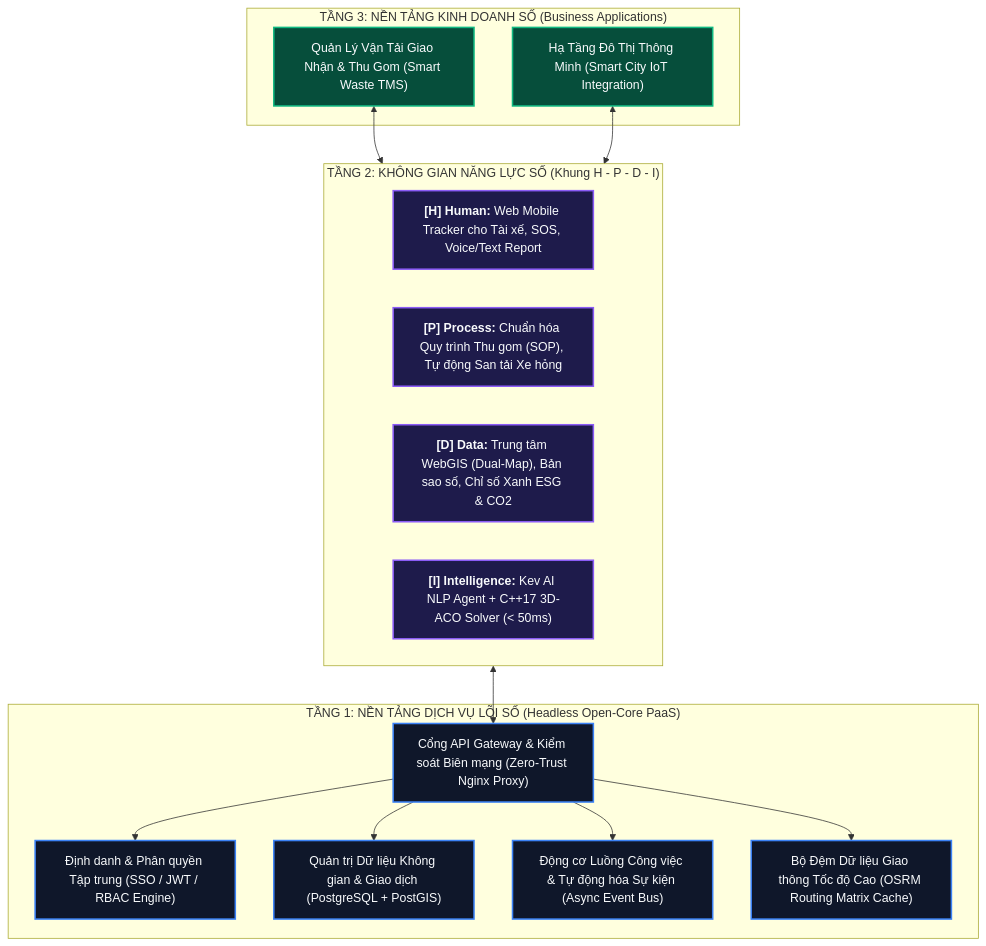
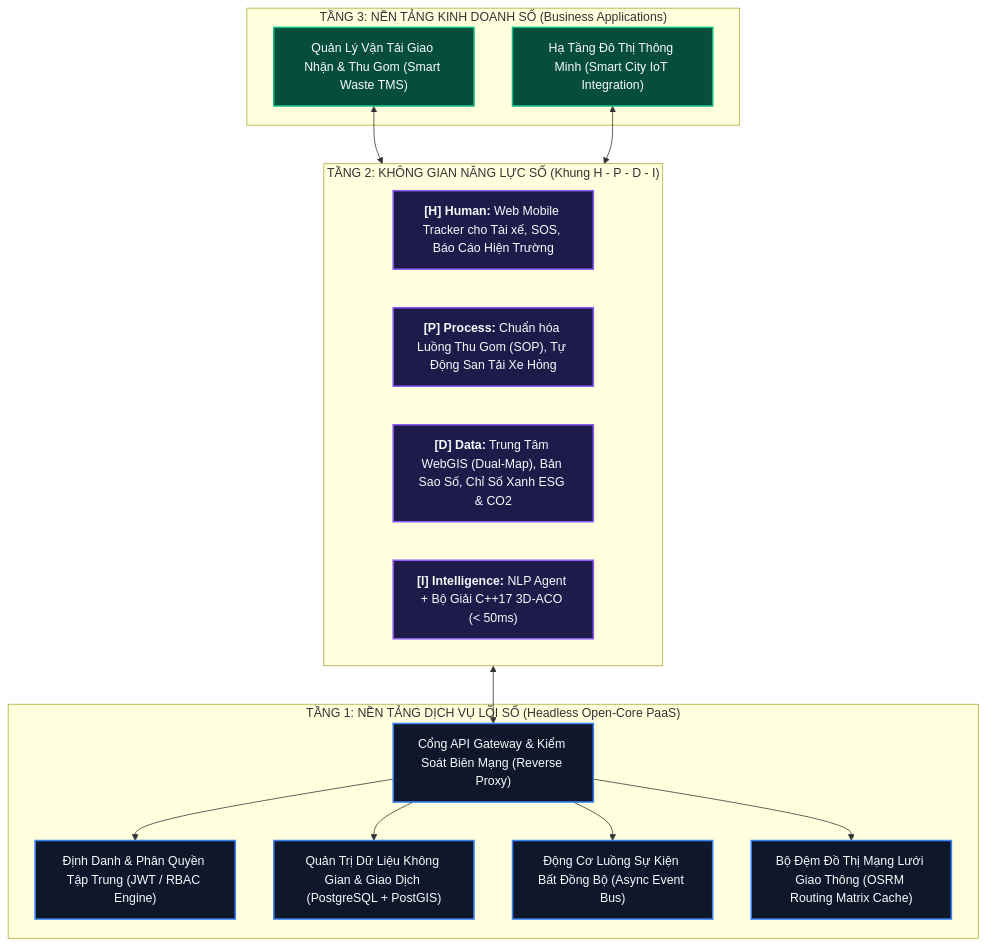
The diagram in docs/ARCHITECTURE.md (congnghip/Olympic), drawn with Mermaid before and after one commit. The commit also changed other lines of this file and 8 other files, not shown here.

````diff
--- a/docs/ARCHITECTURE.md
+++ b/docs/ARCHITECTURE.md
@@ -10,37 +9,34 @@
 ```mermaid
 flowchart TD
     classDef t1 fill:#0f172a,stroke:#3b82f6,stroke-width:2px,color:#f8fafc;
     classDef t2 fill:#1e1b4b,stroke:#8b5cf6,stroke-width:2px,color:#f8fafc;
     classDef t3 fill:#064e3b,stroke:#10b981,stroke-width:2px,color:#f8fafc;
 
     subgraph Tier3 ["TẦNG 3: NỀN TẢNG KINH DOANH SỐ (Business Applications)"]
         TMS["Quản Lý Vận Tải Giao Nhận & Thu Gom (Smart Waste TMS)"]:::t3
         SmartCity["Hạ Tầng Đô Thị Thông Minh (Smart City IoT Integration)"]:::t3
     end
 
     subgraph Tier2 ["TẦNG 2: KHÔNG GIAN NĂNG LỰC SỐ (Khung H - P - D - I)"]
-        H_Space["<b>[H] Human:</b> Web Mobile Tracker cho Tài xế, SOS, Voice/Text Report"]:::t2
-        P_Space["<b>[P] Process:</b> Chuẩn hóa Quy trình Thu gom (SOP), Tự động San tải Xe hỏng"]:::t2
-        D_Space["<b>[D] Data:</b> Trung tâm WebGIS (Dual-Map), Bản sao số, Chỉ số Xanh ESG & CO2"]:::t2
-        I_Space["<b>[I] Intelligence:</b> Kev AI NLP Agent + C++17 3D-ACO Solver (< 50ms)"]:::t2
+        H_Space["<b>[H] Human:</b> Web Mobile Tracker cho Tài xế, SOS, Báo Cáo Hiện Trường"]:::t2
+        P_Space["<b>[P] Process:</b> Chuẩn hóa Luồng Thu Gom (SOP), Tự Động San Tải Xe Hỏng"]:::t2
+        D_Space["<b>[D] Data:</b> Trung Tâm WebGIS (Dual-Map), Bản Sao Số, Chỉ Số Xanh ESG & CO2"]:::t2
+        I_Space["<b>[I] Intelligence:</b> NLP Agent + Bộ Giải C++17 3D-ACO (< 50ms)"]:::t2
     end
 
     subgraph Tier1 ["TẦNG 1: NỀN TẢNG DỊCH VỤ LÕI SỐ (Headless Open-Core PaaS)"]
-        Gateway["Cổng API Gateway & Kiểm soát Biên mạng (Zero-Trust Nginx Proxy)"]:::t1
-        Auth["Định danh & Phân quyền Tập trung (SSO / JWT / RBAC Engine)"]:::t1
-        SpatialDB["Quản trị Dữ liệu Không gian & Giao dịch (PostgreSQL + PostGIS)"]:::t1
-        Workflow["Động cơ Luồng Công việc & Tự động hóa Sự kiện (Async Event Bus)"]:::t1
-        Cache["Bộ Đệm Dữ liệu Giao thông Tốc độ Cao (OSRM Routing Matrix Cache)"]:::t1
+        Gateway["Cổng API Gateway & Kiểm Soát Biên Mạng (Reverse Proxy)"]:::t1
+        Auth["Định Danh & Phân Quyền Tập Trung (JWT / RBAC Engine)"]:::t1
+        SpatialDB["Quản Trị Dữ Liệu Không Gian & Giao Dịch (PostgreSQL + PostGIS)"]:::t1
+        Workflow["Động Cơ Luồng Sự Kiện Bất Đồng Bộ (Async Event Bus)"]:::t1
+        Cache["Bộ Đệm Đồ Thị Mạng Lưới Giao Thông (OSRM Routing Matrix Cache)"]:::t1
     end
 
-    %% Tầng 3 kết nối Tầng 2
     TMS <--> Tier2
     SmartCity <--> Tier2
-
-    %% Tầng 2 kết nối Tầng 1
     Tier2 <--> Gateway
     Gateway --> Auth
     Gateway --> SpatialDB
     Gateway --> Workflow
     Gateway --> Cache
 ```
````
